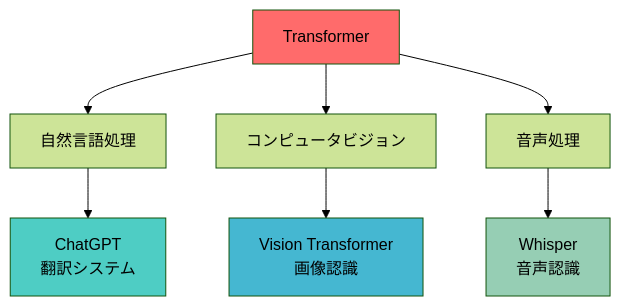
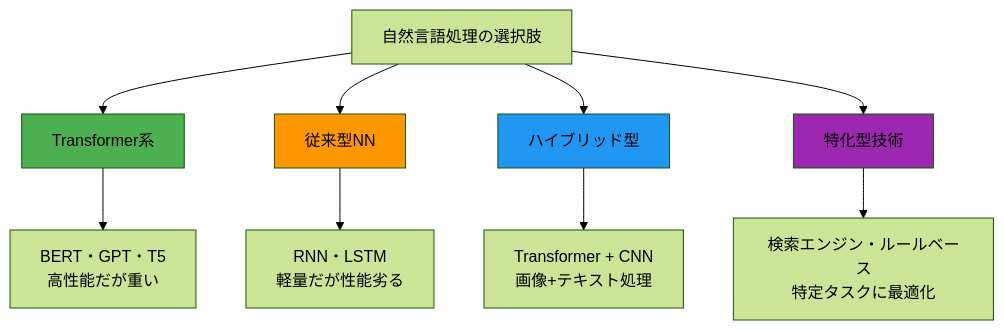
Diagram 13 of 15 in AI/DeepLearning/Transformer/README.MD (SparklingDetergent/doc_genai_mental_model), drawn with Mermaid (forest theme) before and after one commit. The commit also changed other lines of this file, not shown here.

````diff
--- a/AI/DeepLearning/Transformer/README.MD
+++ b/AI/DeepLearning/Transformer/README.MD
@@ -146,19 +427,17 @@
 ```mermaid
 graph TD
-    A[Transformer] --> B[自然言語処理]
-    A --> C[コンピュータビジョン]
-    A --> D[音声処理]
+    A[自然言語処理の選択肢] --> B[Transformer系]
+    A --> C[従来型NN]
+    A --> D[ハイブリッド型]
+    A --> E[特化型技術]
     
-    B --> E[ChatGPT<br/>翻訳システム]
-    C --> F[Vision Transformer<br/>画像認識]
-    D --> G[Whisper<br/>音声認識]
+    B --> F[BERT・GPT・T5<br/>高性能だが重い]
+    C --> G[RNN・LSTM<br/>軽量だが性能劣る]
+    D --> H[Transformer + CNN<br/>画像+テキスト処理]
+    E --> I[検索エンジン・ルールベース<br/>特定タスクに最適化]
     
-    style A fill:#ff6b6b
-    style E fill:#4ecdc4
-    style F fill:#45b7d1
-    style G fill:#96ceb4
-    
-    click E "#ChatGPT技術解説"
-    click F "#ViT詳細"
-    click G "#音声AI応用"
+    style B fill:#4caf50
+    style C fill:#ff9800
+    style D fill:#2196f3
+    style E fill:#9c27b0
 ```
````
